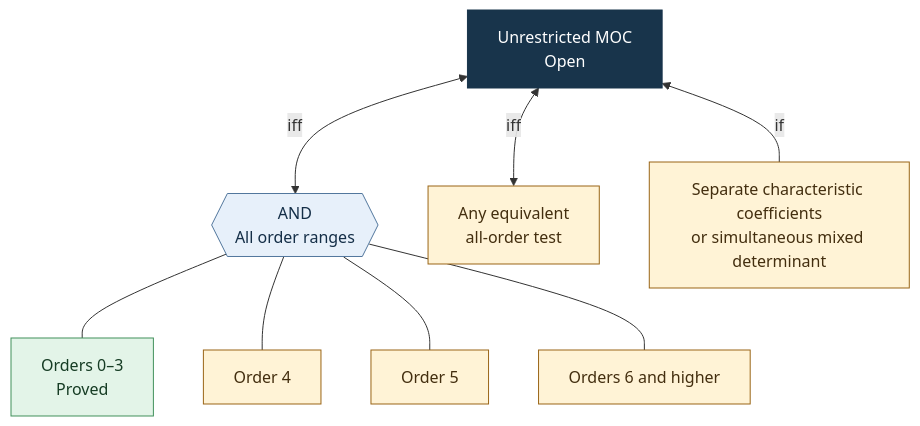
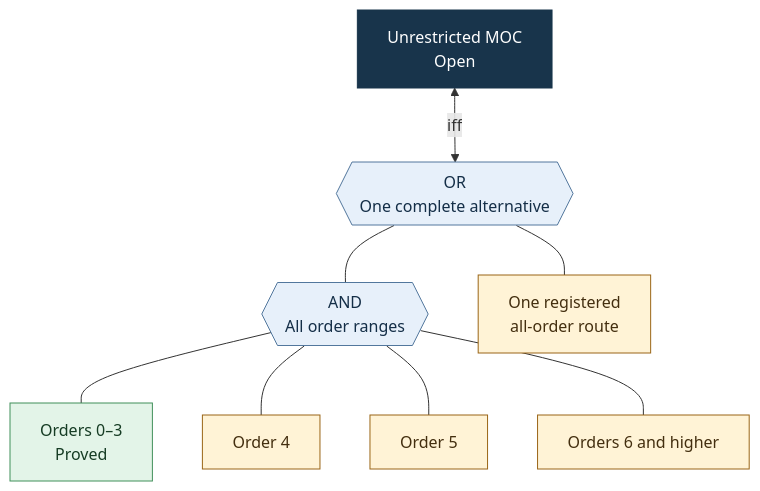
The first of 3 diagrams in README.md (ascendnoosphere/MOC), drawn with Mermaid before and after one commit. The commit also changed other lines of this file and 12 other files, not shown here.

````diff
--- a/README.md
+++ b/README.md
@@ -50,26 +50,26 @@
 ```mermaid
 flowchart BT
     accTitle: Proof routes to unrestricted MOC
-    accDescr: The conjunction of all order ranges and any equivalent test each imply and follow from MOC. The separate characteristic coefficients and the simultaneous mixed determinant give sufficient conditions.
+    accDescr: One complete all-order route suffices. The other option needs a complete route at each order from four on. Different orders can use different tests.
     Goal["Unrestricted MOC<br/>Open"]:::goal
+    Any{{"OR<br/>One complete alternative"}}:::join
     Ranges{{"AND<br/>All order ranges"}}:::join
-    Tests["Any equivalent<br/>all-order test"]:::open
-    Polys["Separate characteristic coefficients<br/>or simultaneous mixed determinant"]:::open
+    Tests["One registered<br/>all-order route"]:::open
     Base["Orders 0–3<br/>Proved"]:::proved
     Four["Order 4"]:::open
     Five["Order 5"]:::open
     Higher["Orders 6 and higher"]:::open
 
-    Ranges <-->|iff| Goal
-    Tests <-->|iff| Goal
-    Polys -->|if| Goal
+    Any <-->|iff| Goal
+    Ranges --- Any
+    Tests --- Any
     Base --- Ranges
     Four --- Ranges
     Five --- Ranges
     Higher --- Ranges
 
     classDef goal fill:#18344b,stroke:#18344b,color:#ffffff
     classDef join fill:#e7f0fa,stroke:#52779d,color:#142e47
     classDef open fill:#fff3d6,stroke:#9a6516,color:#432e0f
     classDef proved fill:#e3f4e8,stroke:#41905b,color:#163c24
 ```
````
